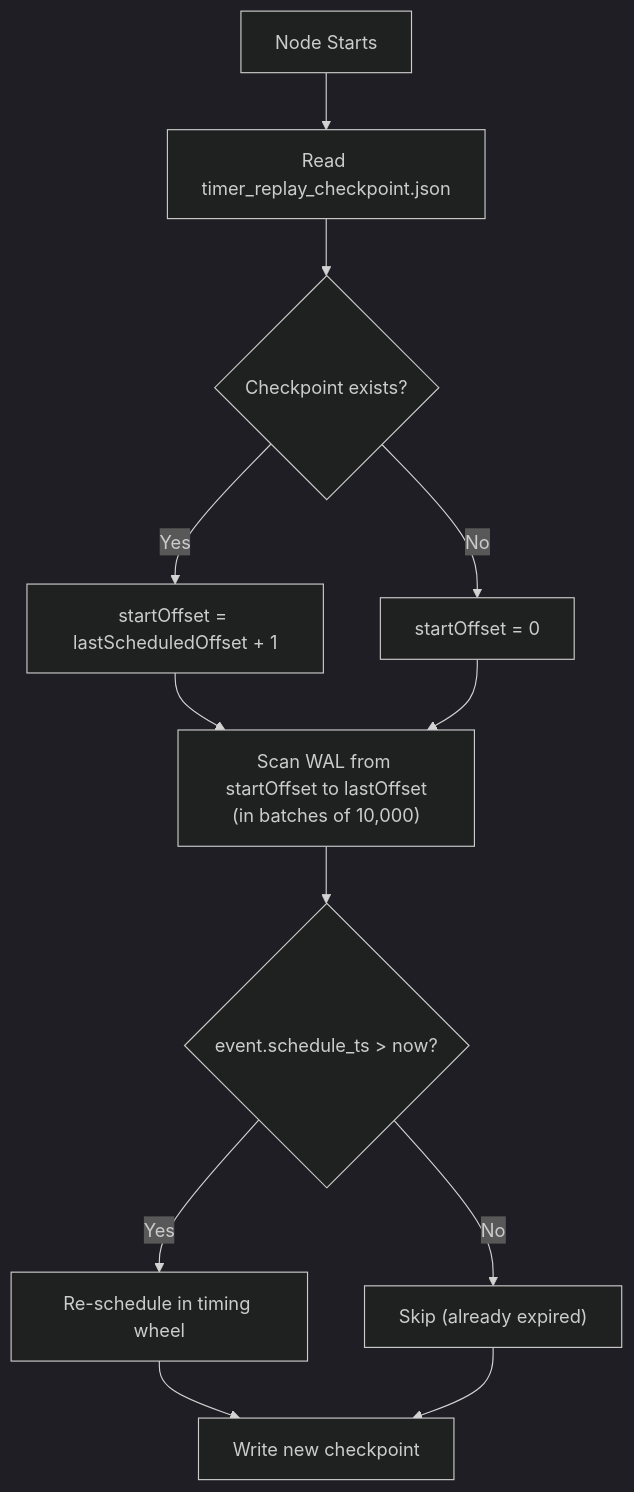
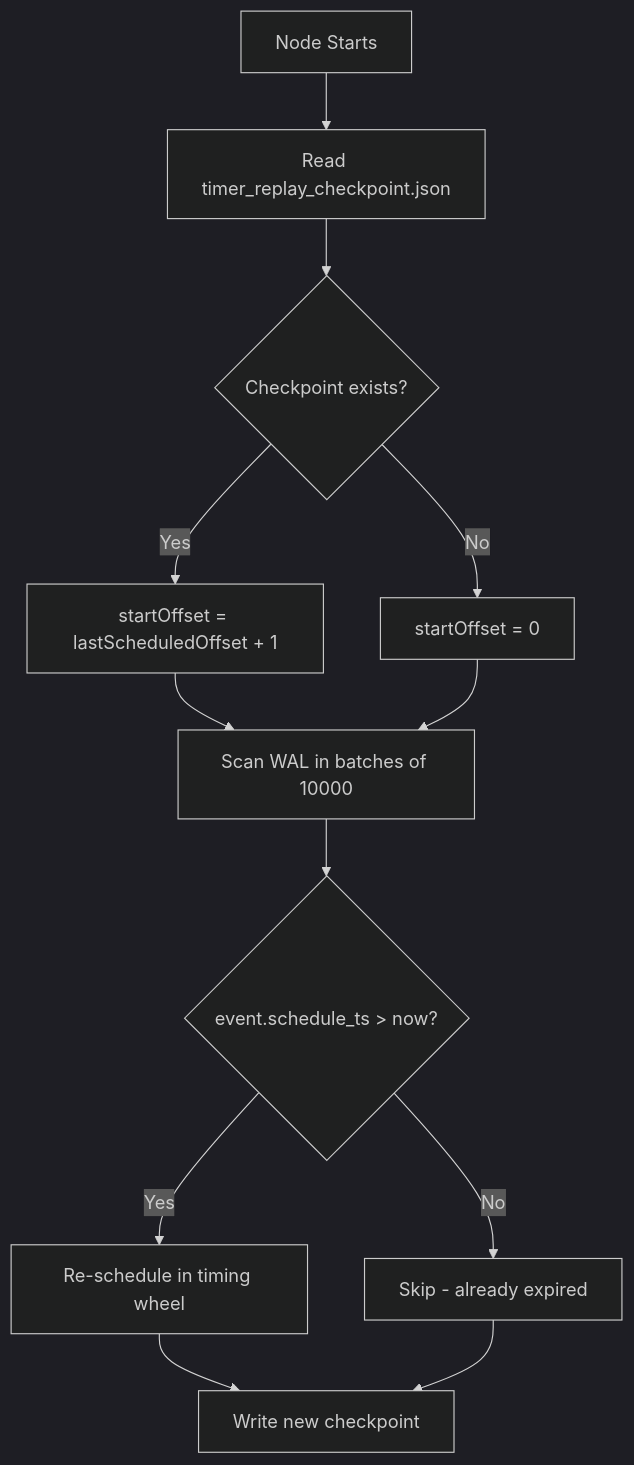
Diagram 14 of 36 in ARCHITECTURE.md (jatin711-debug/cronos_db_golang), drawn with Mermaid (dark theme) before and after one commit. The commit also changed other lines of this file, not shown here.

First line of the commit message:
docs(architecture): simplify documentation structure and improve clarity

````diff
--- a/ARCHITECTURE.md
+++ b/ARCHITECTURE.md
@@ -483,14 +461,14 @@
 ```mermaid
 flowchart TD
     A[Node Starts] --> B[Read timer_replay_checkpoint.json]
     B --> C{Checkpoint exists?}
-    C -->|Yes| D["startOffset = lastScheduledOffset + 1"]
-    C -->|No| D2["startOffset = 0"]
-    D --> E["Scan WAL from startOffset to lastOffset<br/>(in batches of 10,000)"]
+    C -->|Yes| D[startOffset = lastScheduledOffset + 1]
+    C -->|No| D2[startOffset = 0]
+    D --> E[Scan WAL in batches of 10000]
     D2 --> E
     E --> F{event.schedule_ts > now?}
-    F -->|Yes| G["Re-schedule in timing wheel"]
-    F -->|No| H["Skip (already expired)"]
-    G --> I["Write new checkpoint"]
+    F -->|Yes| G[Re-schedule in timing wheel]
+    F -->|No| H[Skip - already expired]
+    G --> I[Write new checkpoint]
     H --> I
 ```
````
